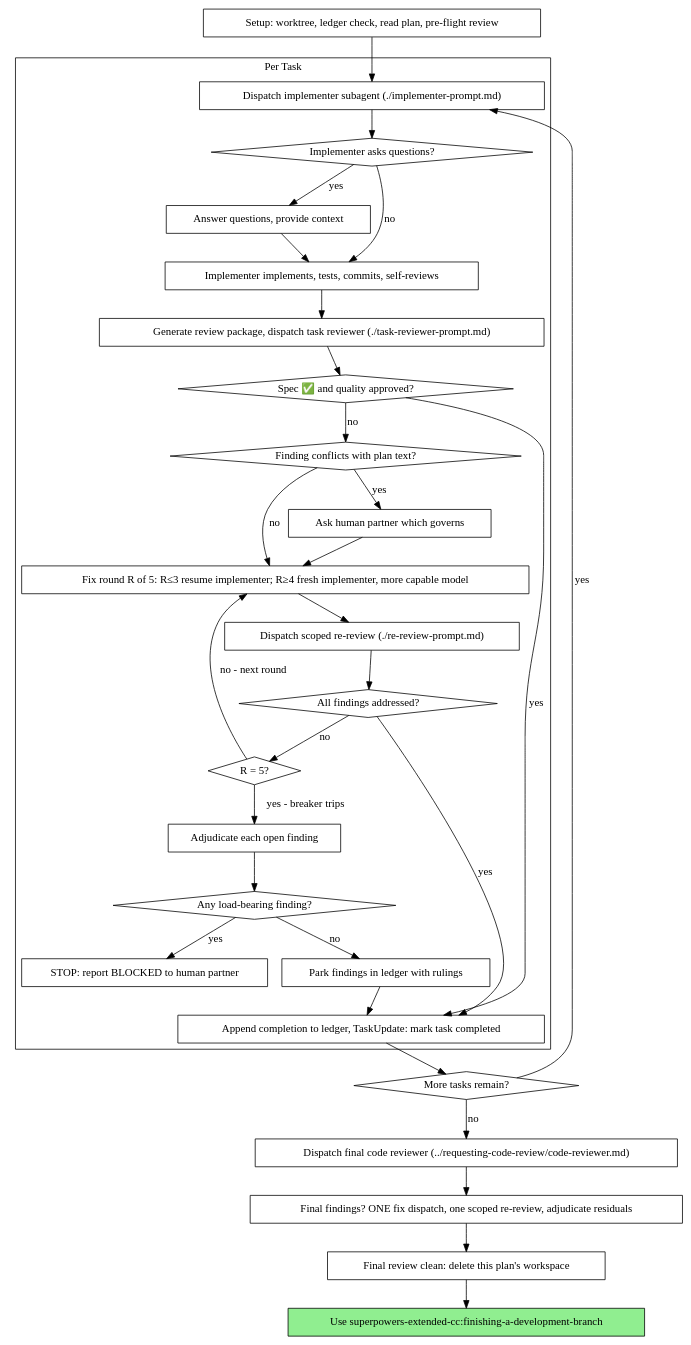
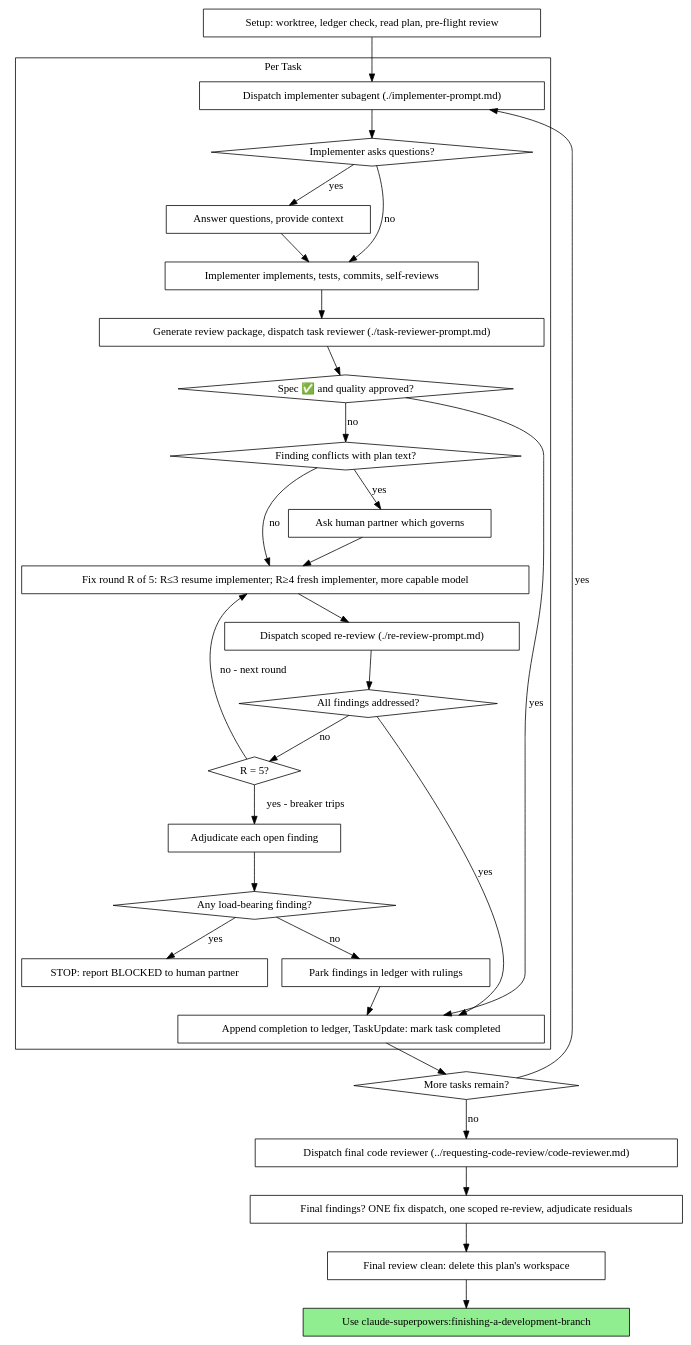
The second of 2 diagrams in skills/subagent-driven-development/SKILL.md (SirProdigle/claude-superpowers), drawn with Graphviz before and after one commit. The commit also changed other lines of this file and 26 other files, not shown here.

First line of the commit message:
chore: rebrand fork as claude-superpowers

````diff
--- a/skills/subagent-driven-development/SKILL.md
+++ b/skills/subagent-driven-development/SKILL.md
@@ -44,62 +44,62 @@
 ```dot
 digraph process {
     rankdir=TB;
 
     subgraph cluster_per_task {
         label="Per Task";
         "Dispatch implementer subagent (./implementer-prompt.md)" [shape=box];
         "Implementer asks questions?" [shape=diamond];
         "Answer questions, provide context" [shape=box];
         "Implementer implements, tests, commits, self-reviews" [shape=box];
         "Generate review package, dispatch task reviewer (./task-reviewer-prompt.md)" [shape=box];
         "Spec ✅ and quality approved?" [shape=diamond];
         "Finding conflicts with plan text?" [shape=diamond];
         "Ask human partner which governs" [shape=box];
         "Fix round R of 5: R≤3 resume implementer; R≥4 fresh implementer, more capable model" [shape=box];
         "Dispatch scoped re-review (./re-review-prompt.md)" [shape=box];
         "All findings addressed?" [shape=diamond];
         "R = 5?" [shape=diamond];
         "Adjudicate each open finding" [shape=box];
         "Any load-bearing finding?" [shape=diamond];
         "STOP: report BLOCKED to human partner" [shape=box];
         "Park findings in ledger with rulings" [shape=box];
         "Append completion to ledger, TaskUpdate: mark task completed" [shape=box];
     }
 
     "Setup: worktree, ledger check, read plan, pre-flight review" [shape=box];
     "More tasks remain?" [shape=diamond];
     "Dispatch final code reviewer (../requesting-code-review/code-reviewer.md)" [shape=box];
     "Final findings? ONE fix dispatch, one scoped re-review, adjudicate residuals" [shape=box];
     "Final review clean: delete this plan's workspace" [shape=box];
-    "Use superpowers-extended-cc:finishing-a-development-branch" [shape=box style=filled fillcolor=lightgreen];
+    "Use claude-superpowers:finishing-a-development-branch" [shape=box style=filled fillcolor=lightgreen];
 
     "Setup: worktree, ledger check, read plan, pre-flight review" -> "Dispatch implementer subagent (./implementer-prompt.md)";
     "Dispatch implementer subagent (./implementer-prompt.md)" -> "Implementer asks questions?";
     "Implementer asks questions?" -> "Answer questions, provide context" [label="yes"];
     "Answer questions, provide context" -> "Implementer implements, tests, commits, self-reviews";
     "Implementer asks questions?" -> "Implementer implements, tests, commits, self-reviews" [label="no"];
     "Implementer implements, tests, commits, self-reviews" -> "Generate review package, dispatch task reviewer (./task-reviewer-prompt.md)";
     "Generate review package, dispatch task reviewer (./task-reviewer-prompt.md)" -> "Spec ✅ and quality approved?";
     "Spec ✅ and quality approved?" -> "Append completion to ledger, TaskUpdate: mark task completed" [label="yes"];
     "Spec ✅ and quality approved?" -> "Finding conflicts with plan text?" [label="no"];
     "Finding conflicts with plan text?" -> "Ask human partner which governs" [label="yes"];
     "Ask human partner which governs" -> "Fix round R of 5: R≤3 resume implementer; R≥4 fresh implementer, more capable model";
     "Finding conflicts with plan text?" -> "Fix round R of 5: R≤3 resume implementer; R≥4 fresh implementer, more capable model" [label="no"];
     "Fix round R of 5: R≤3 resume implementer; R≥4 fresh implementer, more capable model" -> "Dispatch scoped re-review (./re-review-prompt.md)";
     "Dispatch scoped re-review (./re-review-prompt.md)" -> "All findings addressed?";
     "All findings addressed?" -> "Append completion to ledger, TaskUpdate: mark task completed" [label="yes"];
     "All findings addressed?" -> "R = 5?" [label="no"];
     "R = 5?" -> "Fix round R of 5: R≤3 resume implementer; R≥4 fresh implementer, more capable model" [label="no - next round"];
     "R = 5?" -> "Adjudicate each open finding" [label="yes - breaker trips"];
     "Adjudicate each open finding" -> "Any load-bearing finding?";
     "Any load-bearing finding?" -> "STOP: report BLOCKED to human partner" [label="yes"];
     "Any load-bearing finding?" -> "Park findings in ledger with rulings" [label="no"];
     "Park findings in ledger with rulings" -> "Append completion to ledger, TaskUpdate: mark task completed";
     "Append completion to ledger, TaskUpdate: mark task completed" -> "More tasks remain?";
     "More tasks remain?" -> "Dispatch implementer subagent (./implementer-prompt.md)" [label="yes"];
     "More tasks remain?" -> "Dispatch final code reviewer (../requesting-code-review/code-reviewer.md)" [label="no"];
     "Dispatch final code reviewer (../requesting-code-review/code-reviewer.md)" -> "Final findings? ONE fix dispatch, one scoped re-review, adjudicate residuals";
     "Final findings? ONE fix dispatch, one scoped re-review, adjudicate residuals" -> "Final review clean: delete this plan's workspace";
-    "Final review clean: delete this plan's workspace" -> "Use superpowers-extended-cc:finishing-a-development-branch";
+    "Final review clean: delete this plan's workspace" -> "Use claude-superpowers:finishing-a-development-branch";
 }
 ```
````
